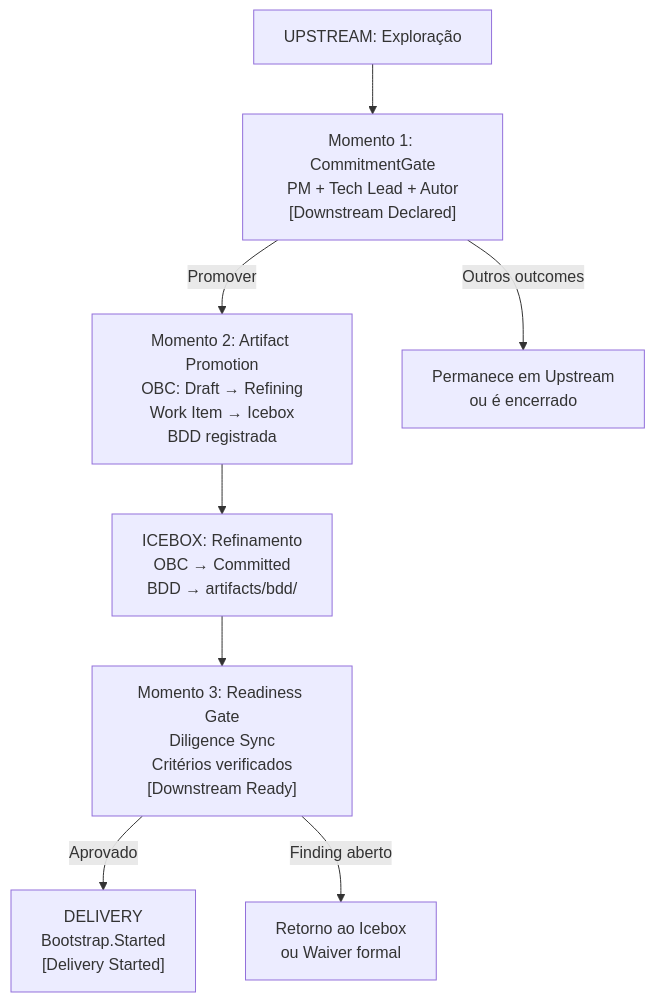
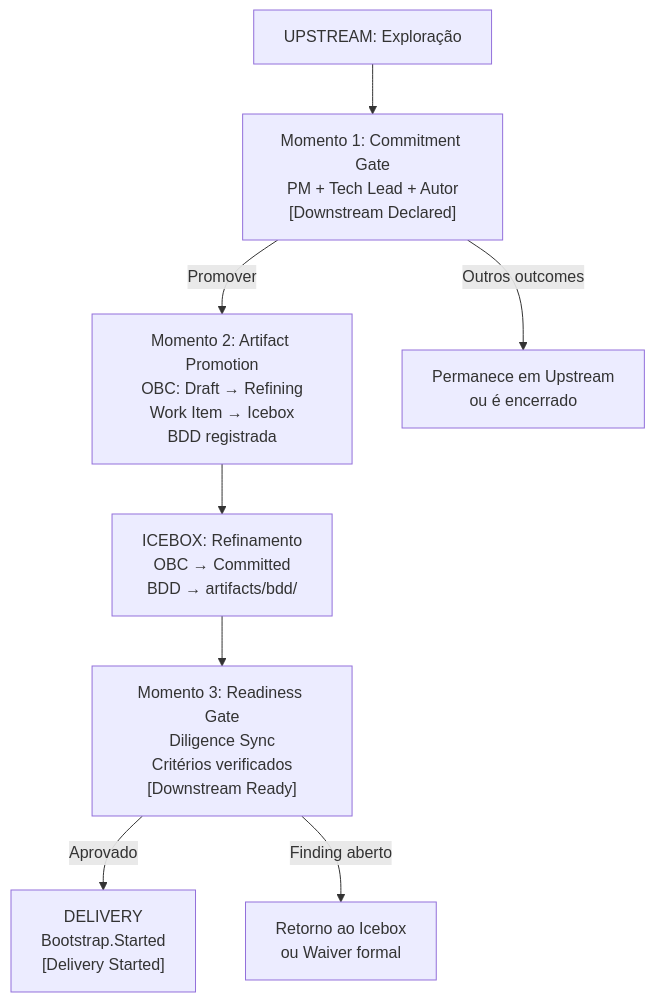
Before and after one commit to produtoreativo/from-intent-to-outcome: the first of 2 diagrams in capitulo-06.md, drawn with Mermaid. The commit also changed other lines of this file and 26 other files, not shown here.

````diff
--- a/capitulo-06.md
+++ b/capitulo-06.md
@@ -21,15 +21,15 @@
 ```mermaid
 graph TD
     UP["UPSTREAM: Exploração"] --> M1
 
-    M1["Momento 1: CommitmentGate\nPM + Tech Lead + Autor\n[Downstream Declared]"]
+    M1["Momento 1: Commitment Gate\nPM + Tech Lead + Autor\n[Downstream Declared]"]
     M1 -->|"Promover"| M2
     M1 -->|"Outros outcomes"| UP2["Permanece em Upstream\nou é encerrado"]
 
     M2["Momento 2: Artifact Promotion\nOBC: Draft → Refining\nWork Item → Icebox\nBDD registrada"]
     M2 --> ICE["ICEBOX: Refinamento\nOBC → Committed\nBDD → artifacts/bdd/"]
 
     ICE --> M3["Momento 3: Readiness Gate\nDiligence Sync\nCritérios verificados\n[Downstream Ready]"]
     M3 -->|"Aprovado"| DEL["DELIVERY\nBootstrap.Started\n[Delivery Started]"]
     M3 -->|"Finding aberto"| BLOCK["Retorno ao Icebox\nou Waiver formal"]
 ```
````
